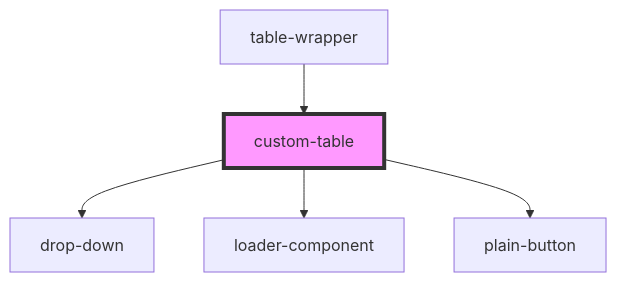
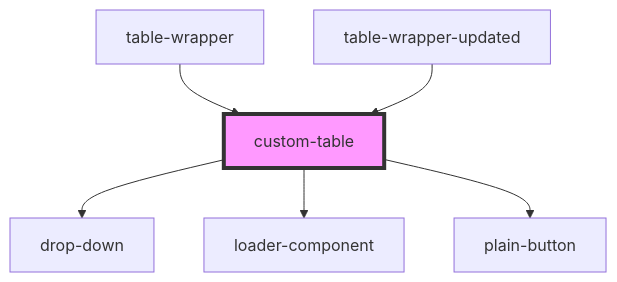
The diagram in src/components/custom-table/readme.md (techvariable/NeptuneConnectComponents), drawn with Mermaid before and after one commit. The commit also changed other lines of this file and 21 other files, not shown here.

````diff
--- a/src/components/custom-table/readme.md
+++ b/src/components/custom-table/readme.md
@@ -41,8 +42,9 @@
 ```mermaid
 graph TD;
   custom-table --> drop-down
   custom-table --> loader-component
   custom-table --> plain-button
   table-wrapper --> custom-table
+  table-wrapper-updated --> custom-table
   style custom-table fill:#f9f,stroke:#333,stroke-width:4px
 ```
````
